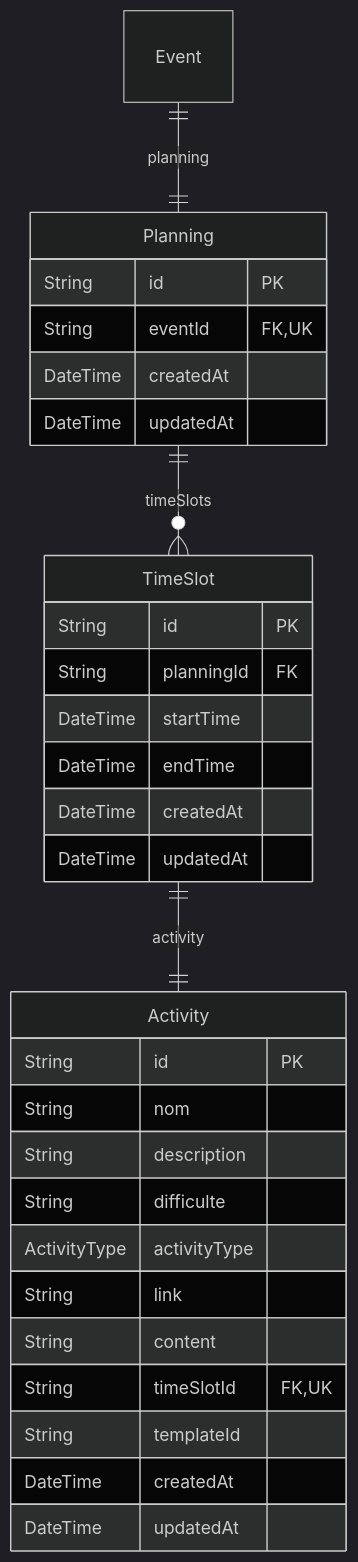
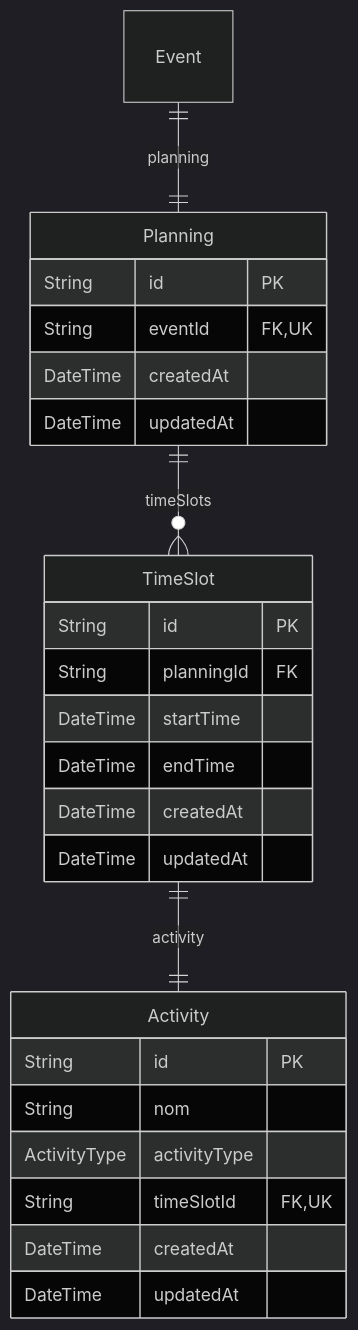
The fourth of 10 diagrams in frontend/docs/database.md (Manta-Epitech-Academy/jump), drawn with Mermaid (dark theme) before and after one commit. The commit also changed other lines of this file and 19 other files, not shown here.

````diff
--- a/frontend/docs/database.md
+++ b/frontend/docs/database.md
@@ -430,35 +426,30 @@
 ```mermaid
 erDiagram
   Planning {
     String id PK
     String eventId FK,UK
     DateTime createdAt
     DateTime updatedAt
   }
   TimeSlot {
     String id PK
     String planningId FK
     DateTime startTime
     DateTime endTime
     DateTime createdAt
     DateTime updatedAt
   }
   Activity {
     String id PK
     String nom
-    String description
-    String difficulte
     ActivityType activityType
-    String link
-    String content
     String timeSlotId FK,UK
-    String templateId
     DateTime createdAt
     DateTime updatedAt
   }
   Event {
   }
   Event ||--|| Planning : "planning"
   Planning ||--o{ TimeSlot : "timeSlots"
   TimeSlot ||--|| Activity : "activity"
 ```
````
